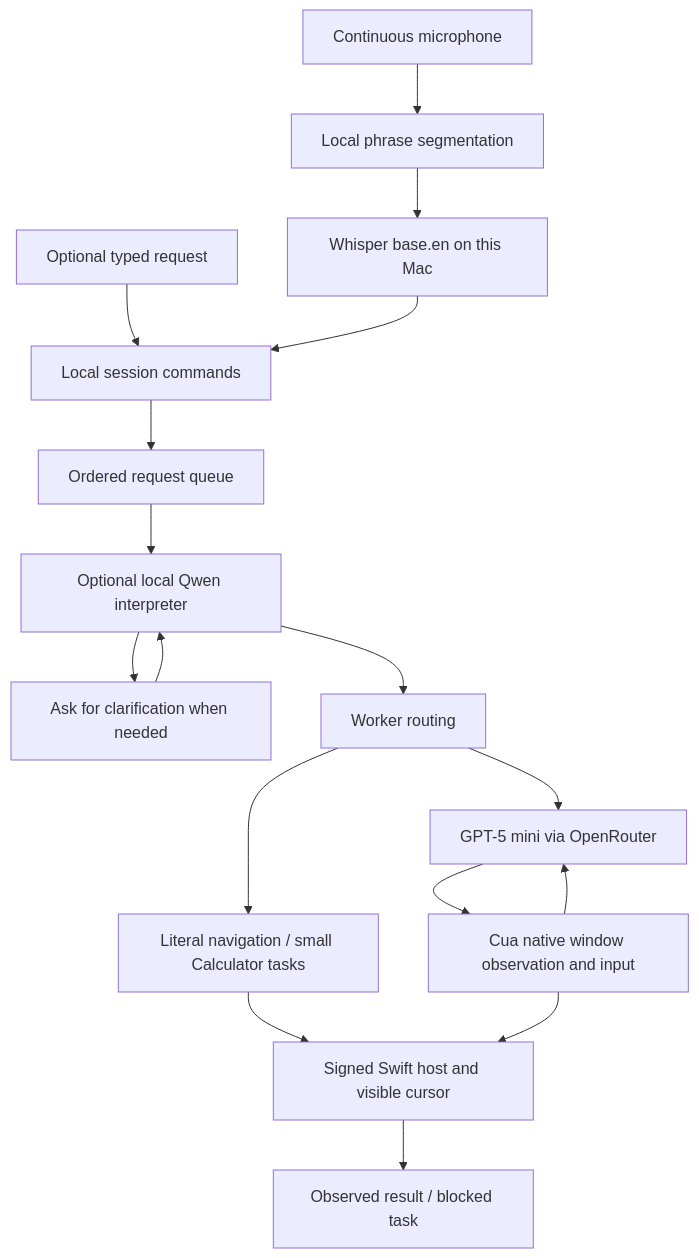
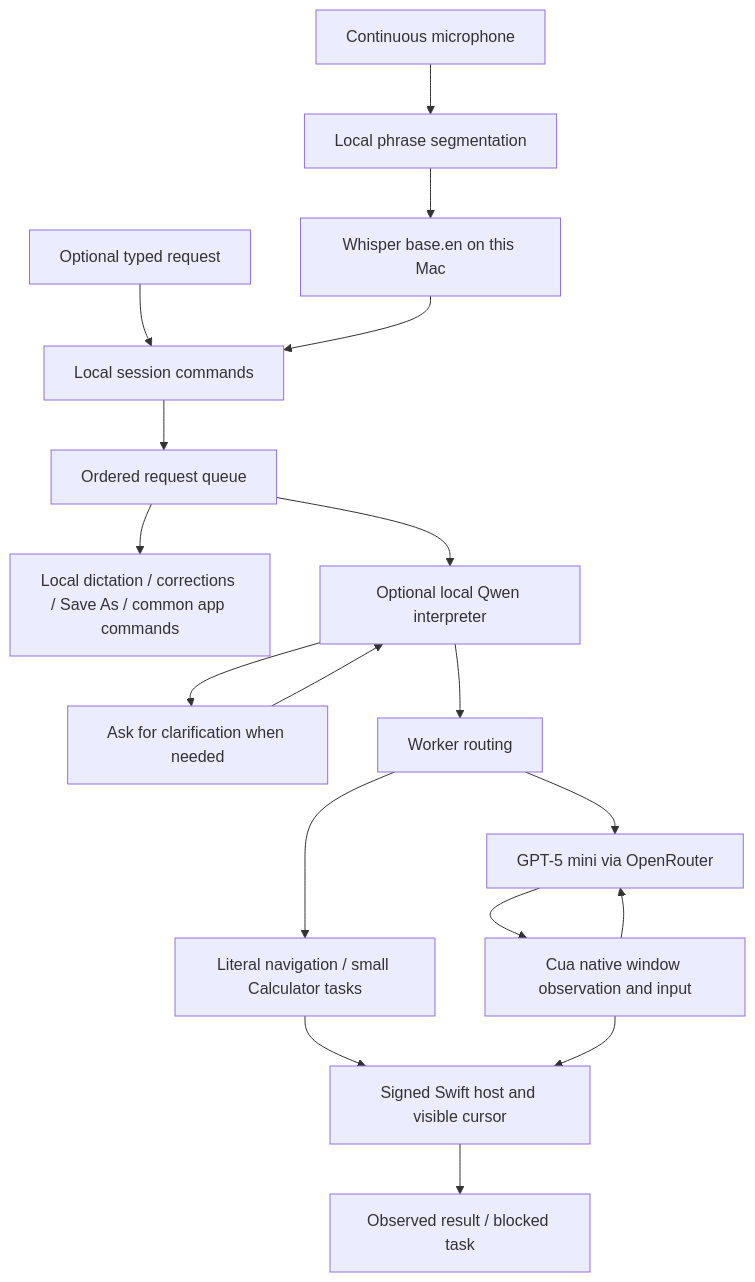
One commit to codebooker/NotchPilot changed the diagram in docs/architecture.md. Above: the diagram before and after it, drawn with Mermaid. The commit also changed other lines of this file and 23 other files, not shown here.

````diff
--- a/docs/architecture.md
+++ b/docs/architecture.md
@@ -5,19 +5,20 @@
 ```mermaid
 flowchart TD
     Voice[Continuous microphone] --> Segment[Local phrase segmentation]
     Segment --> Whisper[Whisper base.en on this Mac]
     Typed[Optional typed request] --> Controls[Local session commands]
     Whisper --> Controls
     Controls --> Queue[Ordered request queue]
+    Queue --> Editing[Local dictation / corrections / Save As / common app commands]
     Queue --> Qwen[Optional local Qwen interpreter]
     Qwen --> Question[Ask for clarification when needed]
     Question --> Qwen
     Qwen --> Router[Worker routing]
     Router --> Native[Literal navigation / small Calculator tasks]
     Router --> Online[GPT-5 mini via OpenRouter]
     Online --> Cua[Cua native window observation and input]
     Cua --> Online
     Native --> Host[Signed Swift host and visible cursor]
     Cua --> Host
     Host --> Result[Observed result / blocked task]
 ```
````
